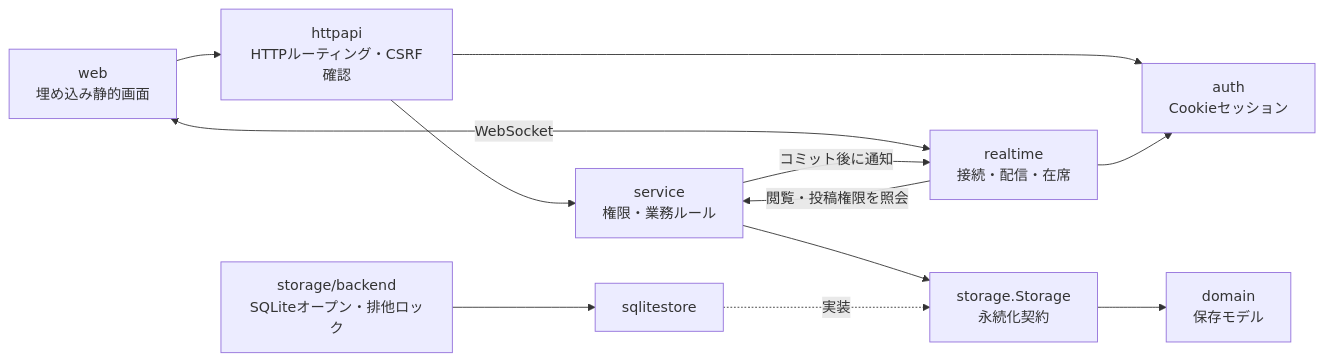
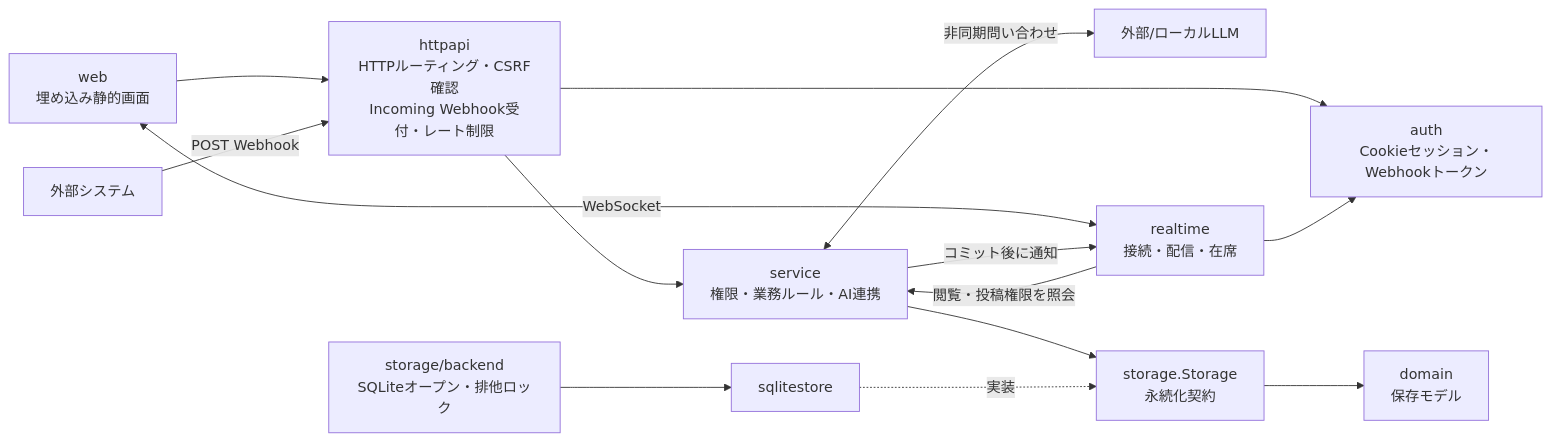
The second of 3 diagrams in docs/architecture.md (masapico/mini-hub), drawn with Mermaid before and after one commit. The commit also changed other lines of this file and 11 other files, not shown here.

````diff
--- a/docs/architecture.md
+++ b/docs/architecture.md
@@ -24,24 +30,28 @@
 ```mermaid
 flowchart LR
     UI["web<br/>埋め込み静的画面"]
-    API["httpapi<br/>HTTPルーティング・CSRF確認"]
-    AUTH["auth<br/>Cookieセッション"]
-    SVC["service<br/>権限・業務ルール"]
+    EXT["外部システム"]
+    AI["外部/ローカルLLM"]
+    API["httpapi<br/>HTTPルーティング・CSRF確認<br/>Incoming Webhook受付・レート制限"]
+    AUTH["auth<br/>Cookieセッション・Webhookトークン"]
+    SVC["service<br/>権限・業務ルール・AI連携"]
     HUB["realtime<br/>接続・配信・在席"]
     STORE["storage.Storage<br/>永続化契約"]
     BACK["storage/backend<br/>SQLiteオープン・排他ロック"]
     SQL["sqlitestore"]
     MODEL["domain<br/>保存モデル"]
 
     UI --> API
+    EXT -->|"POST Webhook"| API
     UI <-->|"WebSocket"| HUB
     API --> AUTH
     API --> SVC
+    SVC <-->|"非同期問い合わせ"| AI
     HUB --> AUTH
     HUB -->|"閲覧・投稿権限を照会"| SVC
     SVC --> STORE
     SVC -->|"コミット後に通知"| HUB
     BACK --> SQL
     SQL -.->|"実装"| STORE
     STORE --> MODEL
 ```
````
